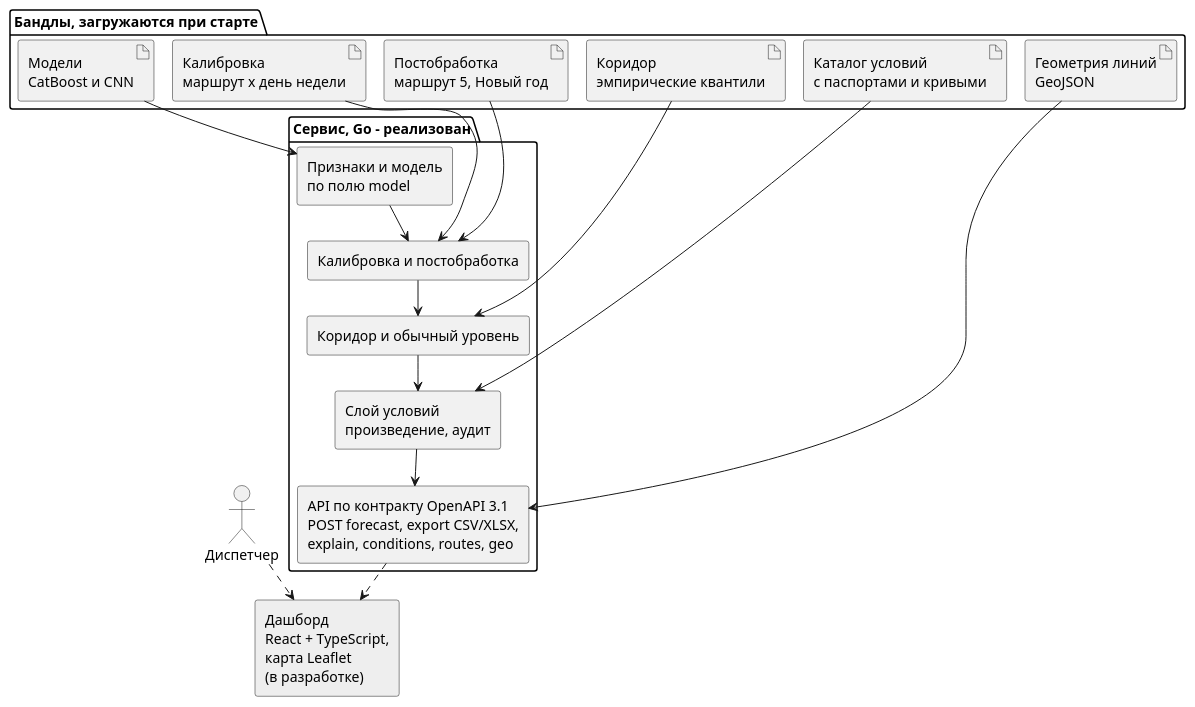
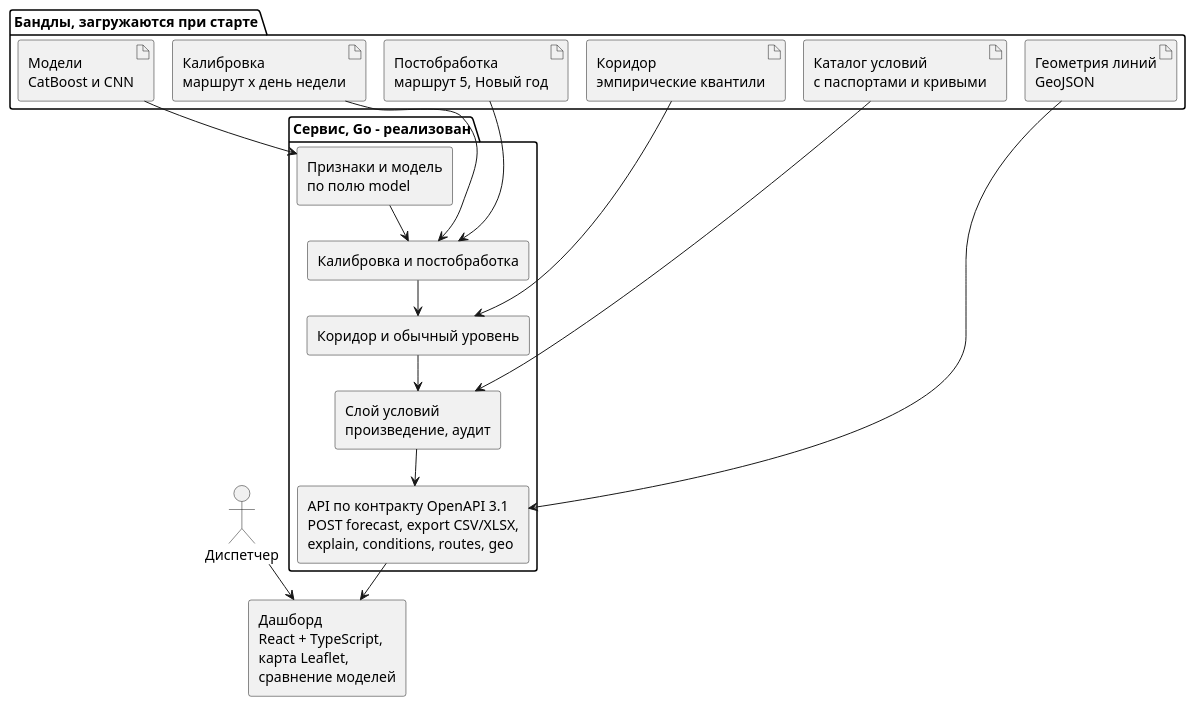
One commit to George573/trans_predicting changed the diagram in final/docs/diagrams/target-architecture.puml. Above: the diagram before and after it, drawn with PlantUML. The commit also changed 12 other files, not shown here.

```diff
--- a/final/docs/diagrams/target-architecture.puml
+++ b/final/docs/diagrams/target-architecture.puml
@@ -1,35 +1,35 @@
 @startuml
 !pragma layout smetana
 skinparam componentStyle rectangle
 skinparam shadowing false
 skinparam defaultFontName Helvetica
 actor "Диспетчер" as user
 package "Бандлы, загружаются при старте" {
   artifact "Модели\nCatBoost и CNN" as m
   artifact "Калибровка\nмаршрут x день недели" as cal
   artifact "Коридор\nэмпирические квантили" as cor
   artifact "Постобработка\nмаршрут 5, Новый год" as pp
   artifact "Каталог условий\nс паспортами и кривыми" as cond
   artifact "Геометрия линий\nGeoJSON" as geo
 }
 package "Сервис, Go - реализован" {
   [Признаки и модель\nпо полю model] as model
   [Калибровка и постобработка] as post
   [Коридор и обычный уровень] as corr
   [Слой условий\nпроизведение, аудит] as layer
   [API по контракту OpenAPI 3.1\nPOST forecast, export CSV/XLSX,\nexplain, conditions, routes, geo] as api
 }
-[Дашборд\nReact + TypeScript,\nкарта Leaflet\n(в разработке)] as ui #EEEEEE
+[Дашборд\nReact + TypeScript,\nкарта Leaflet,\nсравнение моделей] as ui
 m --> model
 cal --> post
 pp --> post
 cor --> corr
 cond --> layer
 model --> post
 post --> corr
 corr --> layer
 layer --> api
 geo --> api
-api ..> ui
-user ..> ui
+api --> ui
+user --> ui
 @enduml
```
